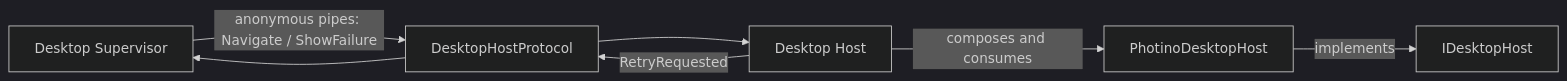
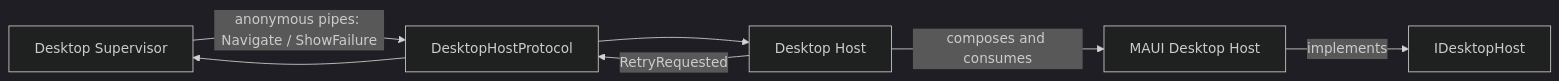
The diagram in src/ForgeMission.Desktop.Contracts/README.md (katasec/mission-control-language), drawn with Mermaid (dark theme) before and after one commit. The commit also changed other lines of this file and 28 other files, not shown here.

Commit message:
feat(desktop): add MAUI in-process host spike

````diff
--- a/src/ForgeMission.Desktop.Contracts/README.md
+++ b/src/ForgeMission.Desktop.Contracts/README.md
@@ -40,9 +40,9 @@
 ```mermaid
 flowchart LR
   Supervisor[Desktop Supervisor] -->|anonymous pipes: Navigate / ShowFailure| Protocol[DesktopHostProtocol]
   Protocol --> Host[Desktop Host]
   Host -->|RetryRequested| Protocol
   Protocol --> Supervisor
-  Host -->|composes and consumes| Adapter[PhotinoDesktopHost]
+  Host -->|composes and consumes| Adapter[MAUI Desktop Host]
   Adapter -->|implements| Contract[IDesktopHost]
 ```
````
